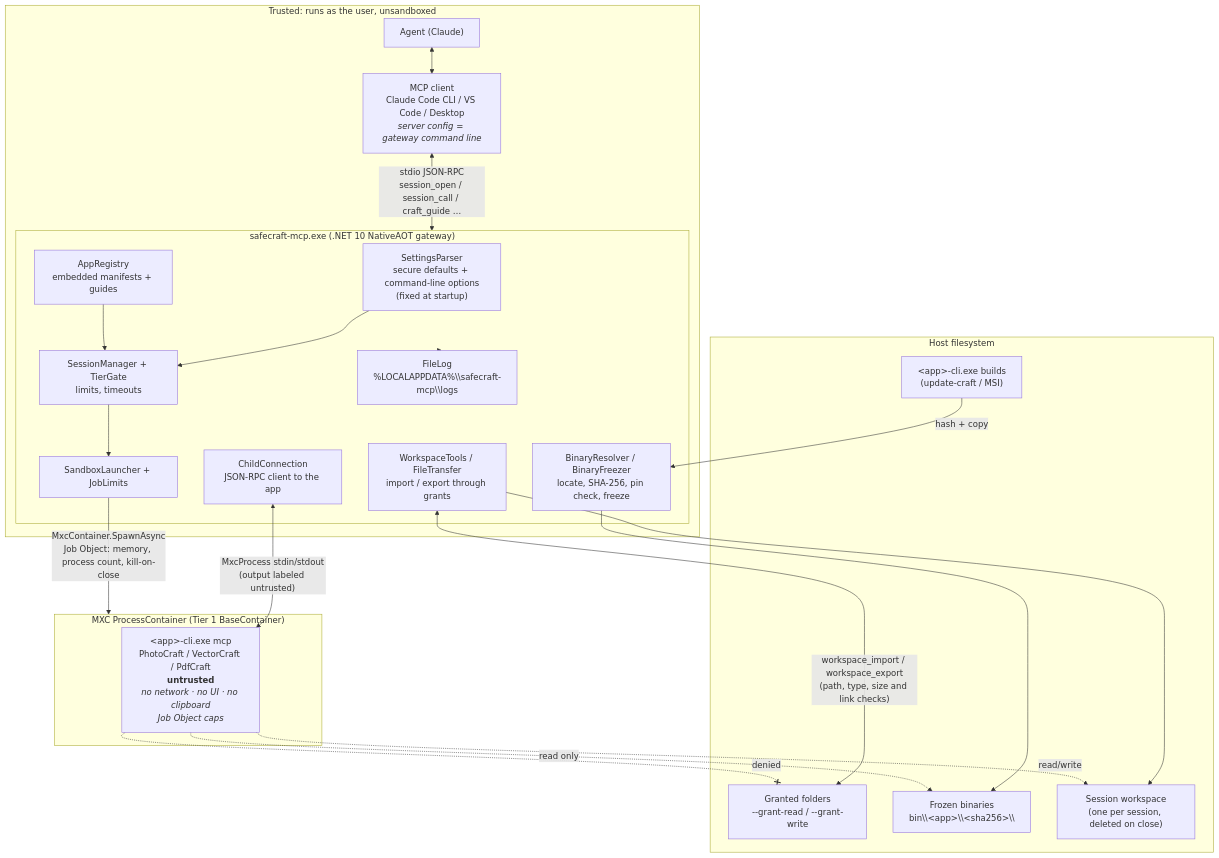
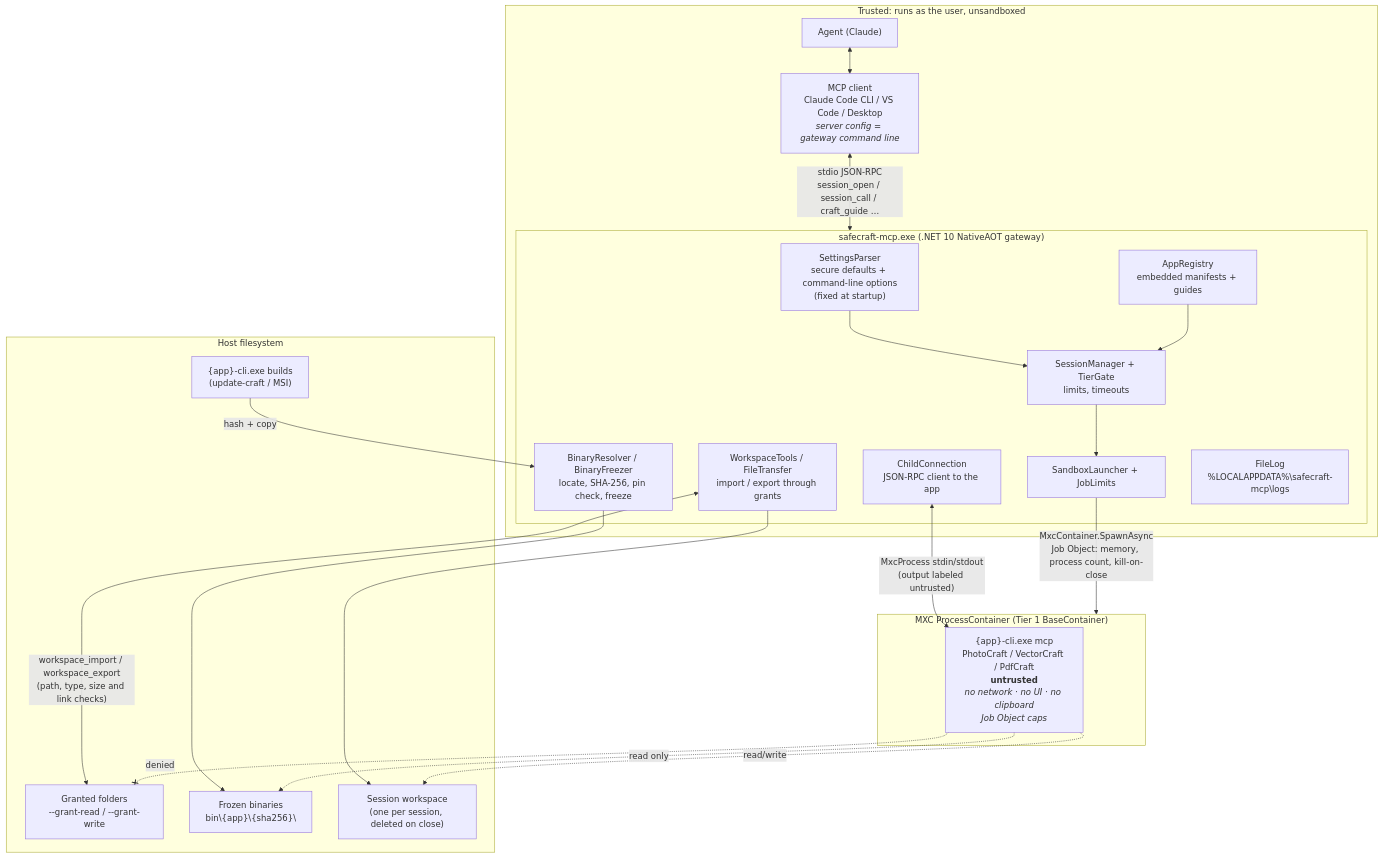
The diagram in README.md (MGrunwald42/safecraft-mcp), drawn with Mermaid before and after one commit. The commit also changed 1 other file, not shown here.

Commit message:
Fix architecture diagram rendering on GitHub
- Use {app} and {sha256} placeholders; GitHub's sanitizer stripped
  <app> and <sha256> as HTML tags, leaving "bin\\\\\\" and "-cli.exe".
- Use single backslashes in paths; Mermaid displays doubled ones as-is.
- Drop the gw --> Log edge, which drew a stub arrow from the gateway
  subgraph into its own child.

````diff
--- a/README.md
+++ b/README.md
@@ -20,44 +20,43 @@
 ```mermaid
 flowchart TB
     subgraph trusted["Trusted: runs as the user, unsandboxed"]
         Agent["Agent (Claude)"]
         Client["MCP client<br/>Claude Code CLI / VS Code / Desktop<br/><i>server config = gateway command line</i>"]
         subgraph gw["safecraft-mcp.exe (.NET 10 NativeAOT gateway)"]
             Settings["SettingsParser<br/>secure defaults + command-line options<br/>(fixed at startup)"]
             Registry["AppRegistry<br/>embedded manifests + guides"]
             Resolver["BinaryResolver / BinaryFreezer<br/>locate, SHA-256, pin check, freeze"]
             Sessions["SessionManager + TierGate<br/>limits, timeouts"]
             Launcher["SandboxLauncher + JobLimits"]
             Transfer["WorkspaceTools / FileTransfer<br/>import / export through grants"]
             ChildRpc["ChildConnection<br/>JSON-RPC client to the app"]
-            Log["FileLog<br/>%LOCALAPPDATA%\\safecraft-mcp\\logs"]
+            Log["FileLog<br/>%LOCALAPPDATA%\safecraft-mcp\logs"]
         end
     end
 
     subgraph host["Host filesystem"]
         Grants["Granted folders<br/>--grant-read / --grant-write"]
-        Bin["Frozen binaries<br/>bin\\&lt;app&gt;\\&lt;sha256&gt;\\"]
+        Bin["Frozen binaries<br/>bin\{app}\{sha256}\"]
         WS["Session workspace<br/>(one per session, deleted on close)"]
-        Src["&lt;app&gt;-cli.exe builds<br/>(update-craft / MSI)"]
+        Src["{app}-cli.exe builds<br/>(update-craft / MSI)"]
     end
 
     subgraph mxc["MXC ProcessContainer (Tier 1 BaseContainer)"]
-        App["&lt;app&gt;-cli.exe mcp<br/>PhotoCraft / VectorCraft / PdfCraft<br/><b>untrusted</b><br/><i>no network · no UI · no clipboard<br/>Job Object caps</i>"]
+        App["{app}-cli.exe mcp<br/>PhotoCraft / VectorCraft / PdfCraft<br/><b>untrusted</b><br/><i>no network · no UI · no clipboard<br/>Job Object caps</i>"]
     end
 
     Agent <--> Client
     Client <-->|"stdio JSON-RPC<br/>session_open / session_call / craft_guide …"| gw
     Settings --> Sessions
     Registry --> Sessions
     Src -->|"hash + copy"| Resolver
     Resolver --> Bin
     Sessions --> Launcher
     Launcher -->|"MxcContainer.SpawnAsync<br/>Job Object: memory, process count, kill-on-close"| mxc
     ChildRpc <-->|"MxcProcess stdin/stdout<br/>(output labeled untrusted)"| App
     Transfer <-->|"workspace_import / workspace_export<br/>(path, type, size and link checks)"| Grants
     Transfer --> WS
     App -.->|"read only"| Bin
     App -.->|"read/write"| WS
     App -.-x|"denied"| Grants
-    gw --> Log
 ```
````
